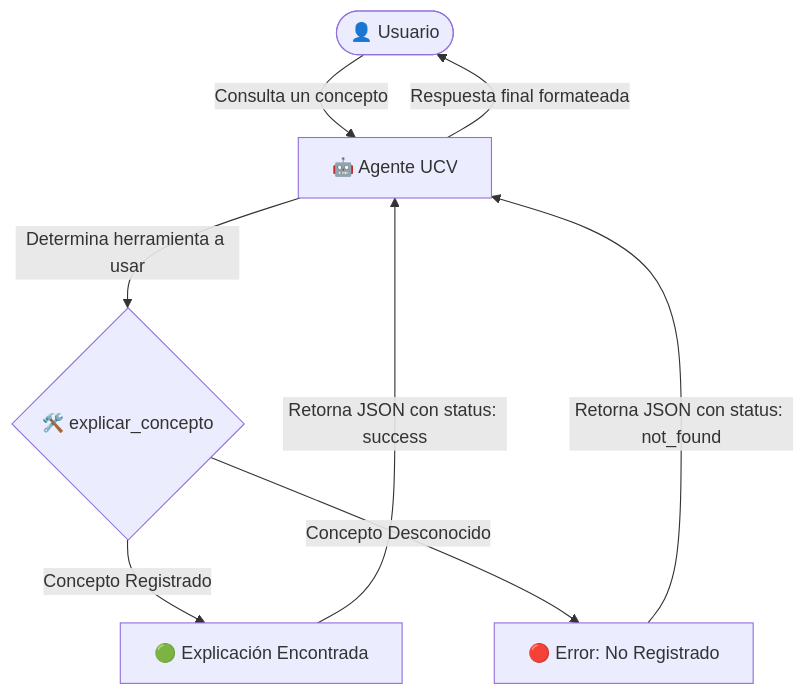
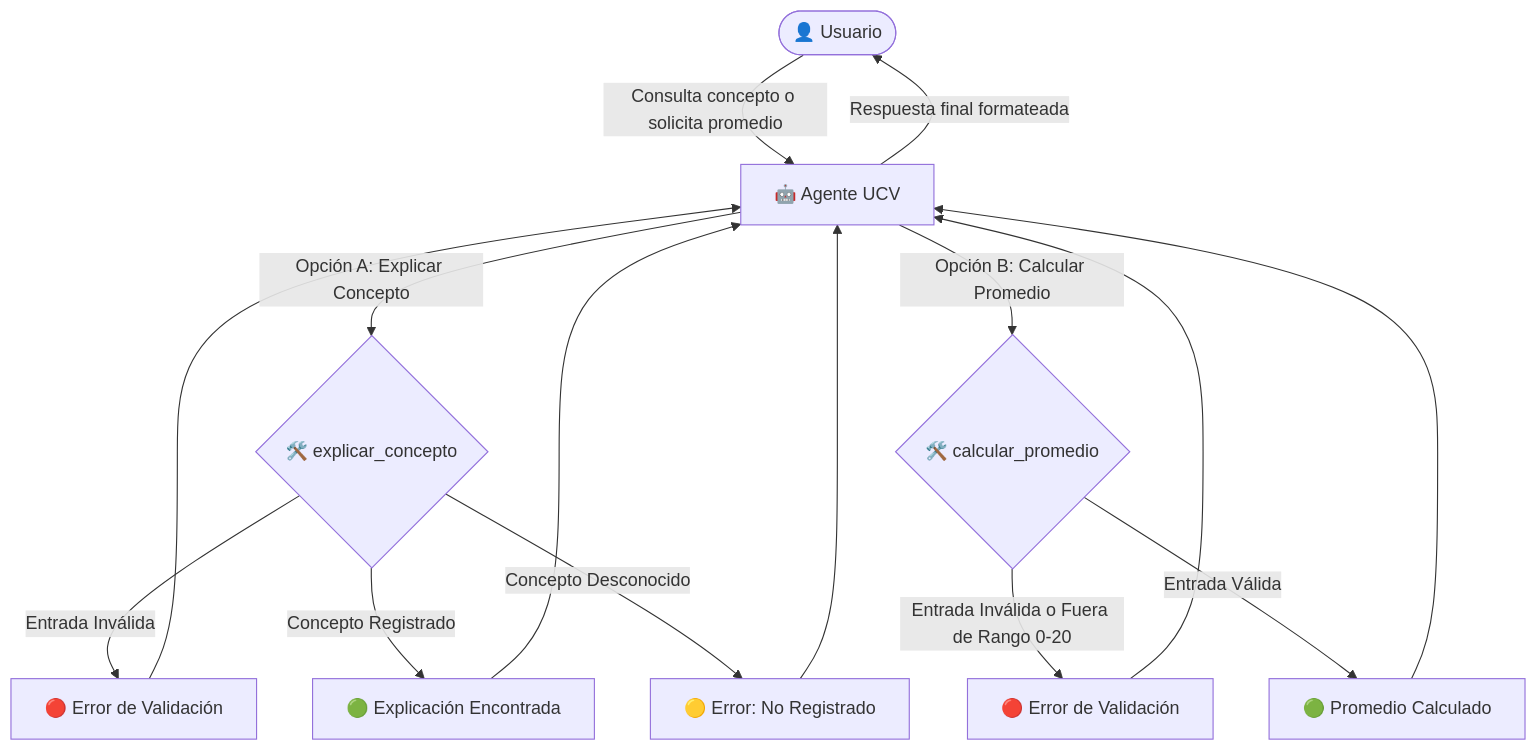
The diagram in README.md (joshiel123/UCV-SI-lab8), drawn with Mermaid before and after one commit. The commit also changed other lines of this file and 2 other files, not shown here.

Commit message:
feat: agregar nuevo concepto de variables al agente

````diff
--- a/README.md
+++ b/README.md
@@ -17,10 +17,21 @@
 ```mermaid
 graph TD
-    User([👤 Usuario]) -->|Consulta un concepto| Agent[🤖 Agente UCV]
-    Agent -->|Determina herramienta a usar| Tool{🛠️ explicar_concepto}
-    Tool -->|Concepto Registrado| Success[🟢 Explicación Encontrada]
-    Tool -->|Concepto Desconocido| NotFound[🔴 Error: No Registrado]
-    Success -->|Retorna JSON con status: success| Agent
-    NotFound -->|Retorna JSON con status: not_found| Agent
+    User([👤 Usuario]) -->|Consulta concepto o solicita promedio| Agent[🤖 Agente UCV]
+    Agent -->|Opción A: Explicar Concepto| ToolExplicar{🛠️ explicar_concepto}
+    Agent -->|Opción B: Calcular Promedio| ToolPromedio{🛠️ calcular_promedio}
+    
+    ToolExplicar -->|Entrada Inválida| ValExplicar[🔴 Error de Validación]
+    ToolExplicar -->|Concepto Registrado| SuccessExplicar[🟢 Explicación Encontrada]
+    ToolExplicar -->|Concepto Desconocido| NotFoundExplicar[🟡 Error: No Registrado]
+    
+    ToolPromedio -->|Entrada Inválida o Fuera de Rango 0-20| ValPromedio[🔴 Error de Validación]
+    ToolPromedio -->|Entrada Válida| SuccessPromedio[🟢 Promedio Calculado]
+
+    SuccessExplicar --> Agent
+    NotFoundExplicar --> Agent
+    ValExplicar --> Agent
+    SuccessPromedio --> Agent
+    ValPromedio --> Agent
+    
     Agent -->|Respuesta final formateada| User
 ```
````
